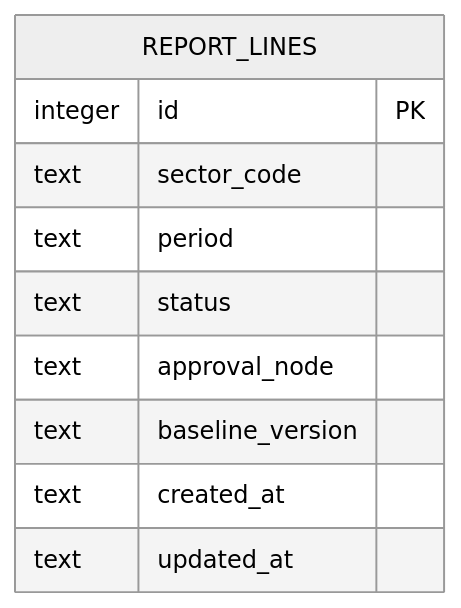
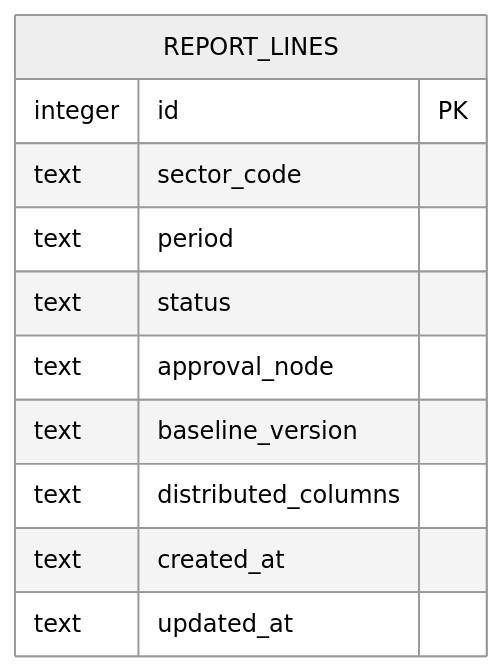
Before and after one commit to marcelxu0272/202605_project-tracking-table: the tenth of 16 diagrams in .qoder/repowiki/zh/content/数据库设计.md, drawn with Mermaid (neutral theme). The commit also changed other lines of this file and 17 other files, not shown here.

````diff
--- a/.qoder/repowiki/zh/content/数据库设计.md
+++ b/.qoder/repowiki/zh/content/数据库设计.md
@@ -571,13 +572,14 @@
 ```mermaid
 erDiagram
 REPORT_LINES {
 integer id PK
 text sector_code
 text period
 text status
 text approval_node
 text baseline_version
+text distributed_columns
 text created_at
 text updated_at
 }
 ```
````
